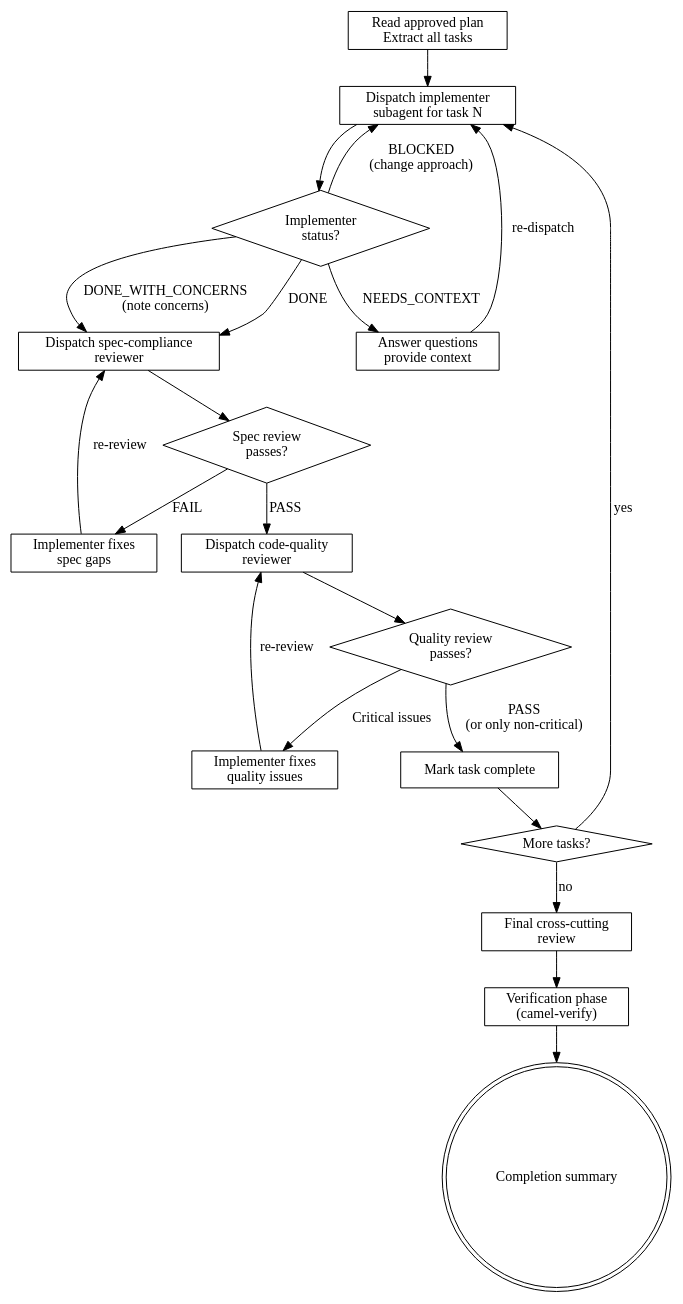
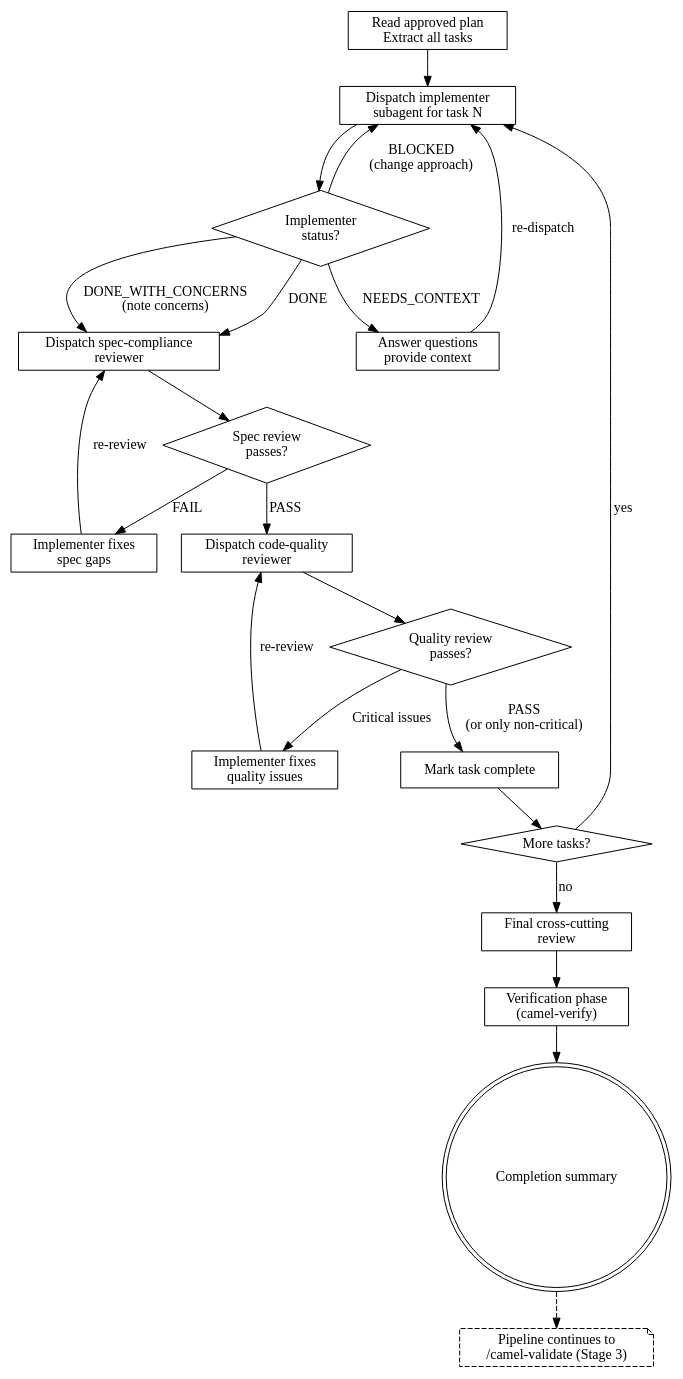
One commit to luigidemasi/camel-kit changed the diagram in camel-kit-core/src/main/resources/skills/camel-execute/SKILL.md. Above: the diagram before and after it, drawn with Graphviz. The commit also changed other lines of this file and 4 other files, not shown here.

````diff
--- a/camel-kit-core/src/main/resources/skills/camel-execute/SKILL.md
+++ b/camel-kit-core/src/main/resources/skills/camel-execute/SKILL.md
@@ -25,48 +25,50 @@
 ```dot
 digraph execute {
     rankdir=TB;
     
     start [label="Read approved plan\nExtract all tasks", shape=box];
     dispatch [label="Dispatch implementer\nsubagent for task N", shape=box];
     impl_status [label="Implementer\nstatus?", shape=diamond];
     answer_q [label="Answer questions\nprovide context", shape=box];
     
     spec_review [label="Dispatch spec-compliance\nreviewer", shape=box];
     spec_pass [label="Spec review\npasses?", shape=diamond];
     spec_fix [label="Implementer fixes\nspec gaps", shape=box];
     
     quality_review [label="Dispatch code-quality\nreviewer", shape=box];
     quality_pass [label="Quality review\npasses?", shape=diamond];
     quality_fix [label="Implementer fixes\nquality issues", shape=box];
     
     mark_done [label="Mark task complete", shape=box];
     more [label="More tasks?", shape=diamond];
     final [label="Final cross-cutting\nreview", shape=box];
     verify [label="Verification phase\n(camel-verify)", shape=box];
     done [label="Completion summary", shape=doublecircle];
+    next [label="Pipeline continues to\n/camel-validate (Stage 3)", shape=note, style=dashed];
     
     start -> dispatch;
     dispatch -> impl_status;
     impl_status -> answer_q [label="NEEDS_CONTEXT"];
     answer_q -> dispatch [label="re-dispatch"];
     impl_status -> spec_review [label="DONE"];
     impl_status -> spec_review [label="DONE_WITH_CONCERNS\n(note concerns)"];
     impl_status -> dispatch [label="BLOCKED\n(change approach)"];
     
     spec_review -> spec_pass;
     spec_pass -> spec_fix [label="FAIL"];
     spec_fix -> spec_review [label="re-review"];
     spec_pass -> quality_review [label="PASS"];
     
     quality_review -> quality_pass;
     quality_pass -> quality_fix [label="Critical issues"];
     quality_fix -> quality_review [label="re-review"];
     quality_pass -> mark_done [label="PASS\n(or only non-critical)"];
     
     mark_done -> more;
     more -> dispatch [label="yes"];
     more -> final [label="no"];
     final -> verify;
     verify -> done;
+    done -> next [style=dashed];
 }
 ```
````
